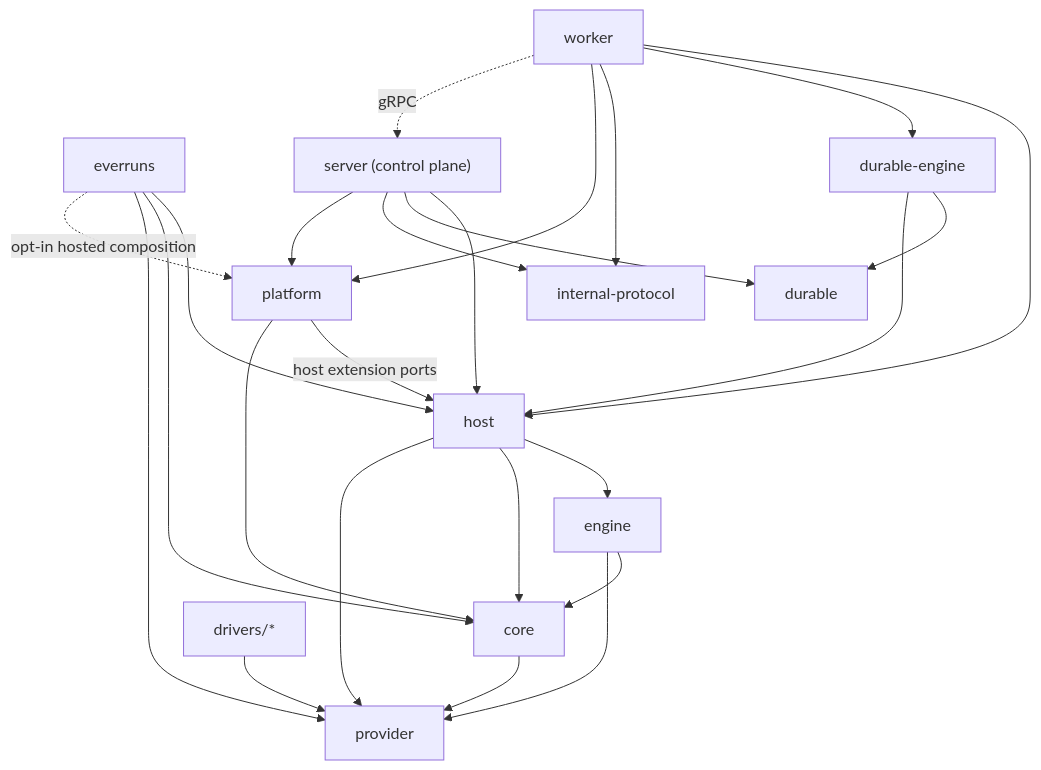
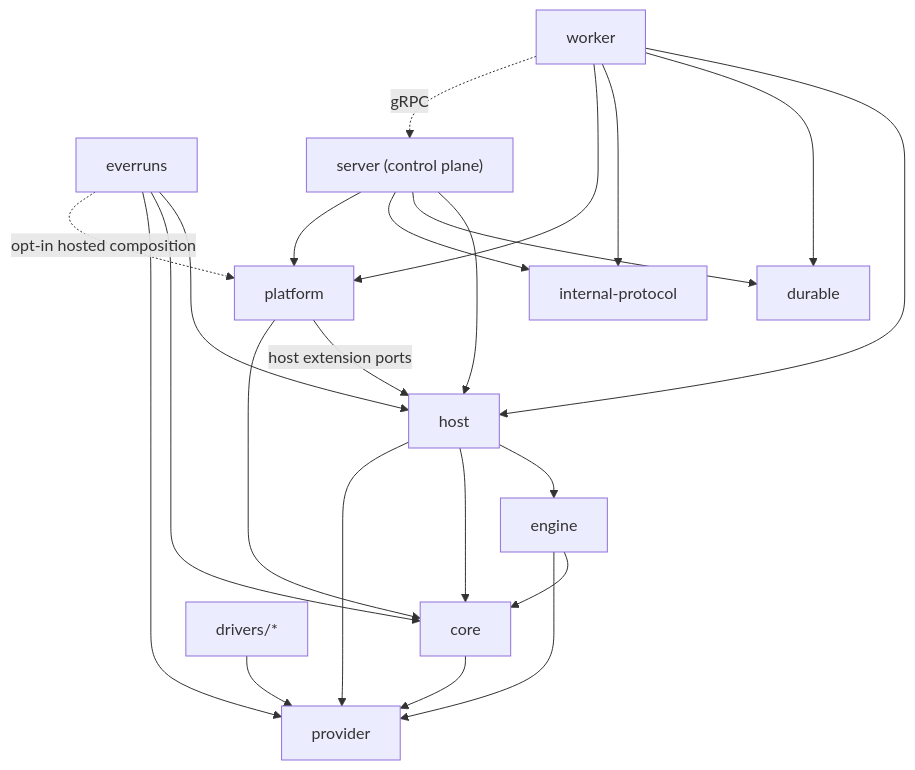
The second of 3 diagrams in knowledge/foundations/architecture.md (everruns/everruns), drawn with Mermaid before and after one commit. The commit also changed other lines of this file and 13 other files, not shown here.

````diff
--- a/knowledge/foundations/architecture.md
+++ b/knowledge/foundations/architecture.md
@@ -159,40 +157,37 @@
 ```mermaid
 graph TD
     provider[provider]
     core[core]
     engine[engine]
     platform[platform]
     host[host]
     framework[everruns]
     drivers[drivers/*]
     protocol[internal-protocol]
     durable[durable]
-    durableEngine[durable-engine]
     worker[worker]
     server["server (control plane)"]
 
     core --> provider
     engine --> core
     engine --> provider
     host --> engine
     host --> core
     host --> provider
     platform -->|host extension ports| host
     platform --> core
     framework --> host
     framework --> core
     framework --> provider
     framework -.->|opt-in hosted composition| platform
     drivers --> provider
-    durableEngine --> durable
-    durableEngine --> host
     worker --> host
-    worker --> durableEngine
+    worker --> durable
     worker --> protocol
     worker --> platform
     server --> host
     server --> durable
     server --> protocol
     server --> platform
     worker -.->|gRPC| server
 ```
````
